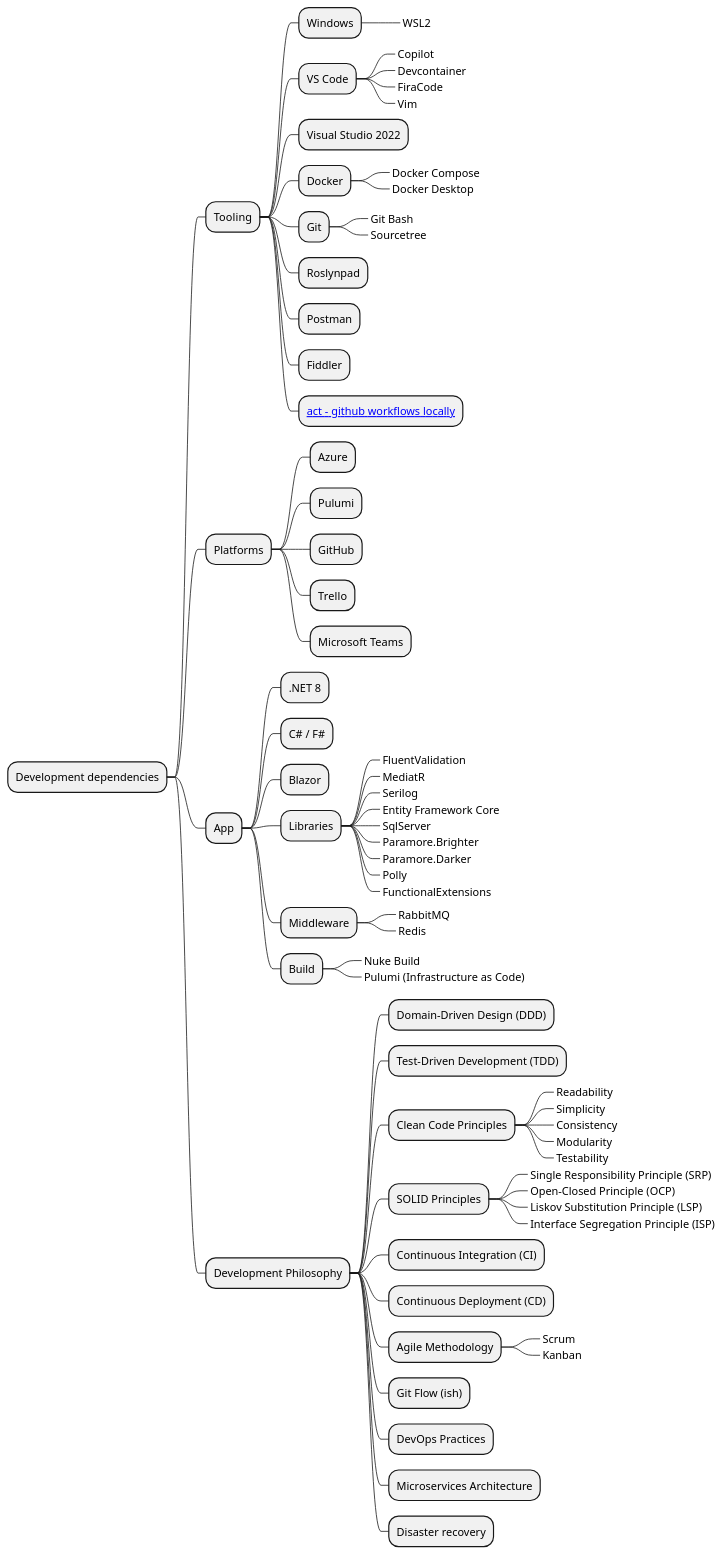
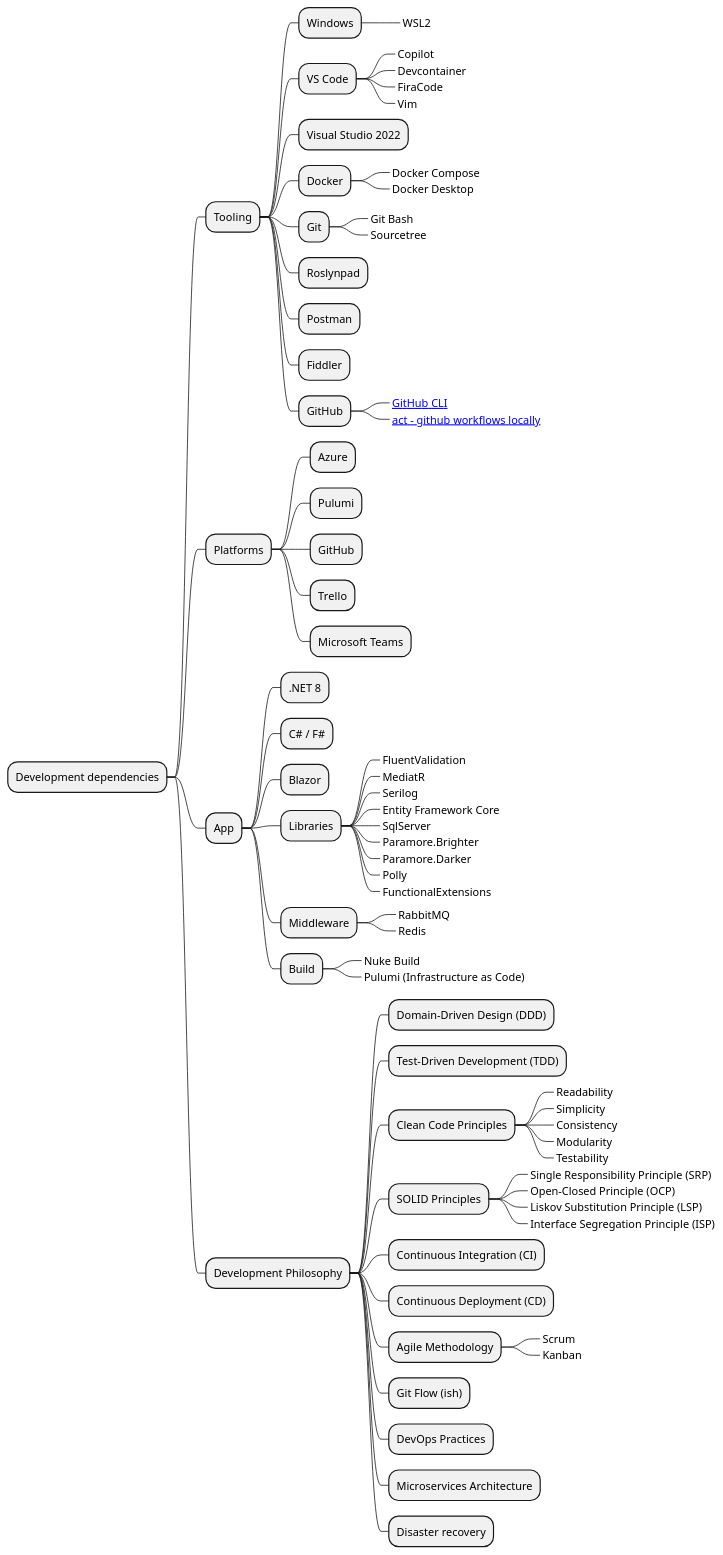
Before and after one commit to sukkergris/job-application: the diagram in Documentation/ApplicationMindMap.wsd, drawn with PlantUML. The commit also changed 4 other files, not shown here.

```diff
--- a/Documentation/ApplicationMindMap.wsd
+++ b/Documentation/ApplicationMindMap.wsd
@@ -1,76 +1,78 @@
 @startmindmap "The Private Job Application App"
 
 * Development dependencies
 ** Tooling
 *** Windows
 ****_ WSL2
 *** VS Code
 ****_ Copilot
 ****_ Devcontainer
 ****_ FiraCode
 ****_ Vim
 *** Visual Studio 2022
 *** Docker
 ****_ Docker Compose
 ****_ Docker Desktop
 *** Git
 ****_ Git Bash
 ****_ Sourcetree
 *** Roslynpad
 *** Postman
 *** Fiddler
-*** [[https://github.com/nektos/act act - github workflows locally]]
+*** GitHub
+****_ [[https://github.com/cli/cli?tab=readme-ov-file GitHub CLI]]
+****_ [[https://github.com/nektos/act act - github workflows locally]]
 
 ** Platforms
 *** Azure
 *** Pulumi
 *** GitHub
 *** Trello
 *** Microsoft Teams
 
 ** App
 *** .NET 8
 *** C# / F#
 *** Blazor
 *** Libraries
 ****_ FluentValidation
 ****_ MediatR
 ****_ Serilog
 ****_ Entity Framework Core
 ****_ SqlServer
 ****_ Paramore.Brighter
 ****_ Paramore.Darker
 ****_ Polly
 ****_ FunctionalExtensions
 *** Middleware
 ****_ RabbitMQ
 ****_ Redis
 *** Build
 ****_ Nuke Build
 ****_ Pulumi (Infrastructure as Code)
 
 ** Development Philosophy
 *** Domain-Driven Design (DDD)
 *** Test-Driven Development (TDD)
 *** Clean Code Principles
 ****_ Readability
 ****_ Simplicity
 ****_ Consistency
 ****_ Modularity
 ****_ Testability
 *** SOLID Principles
 ****_ Single Responsibility Principle (SRP)
 ****_ Open-Closed Principle (OCP)
 ****_ Liskov Substitution Principle (LSP)
 ****_ Interface Segregation Principle (ISP)
 *** Continuous Integration (CI)
 *** Continuous Deployment (CD)
 *** Agile Methodology
 ****_ Scrum
 ****_ Kanban
 *** Git Flow (ish)
 *** DevOps Practices
 *** Microservices Architecture
 *** Disaster recovery
 
 @endmindmap
```
